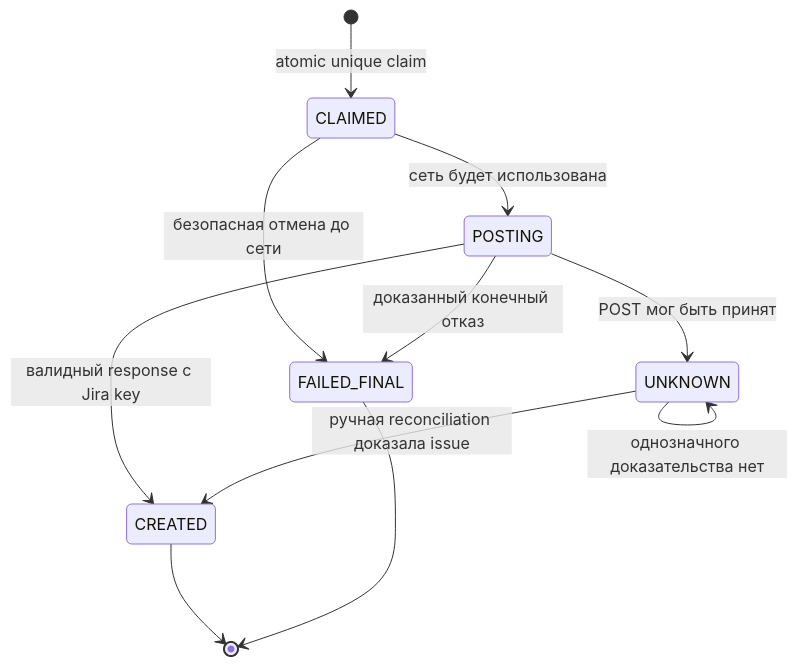
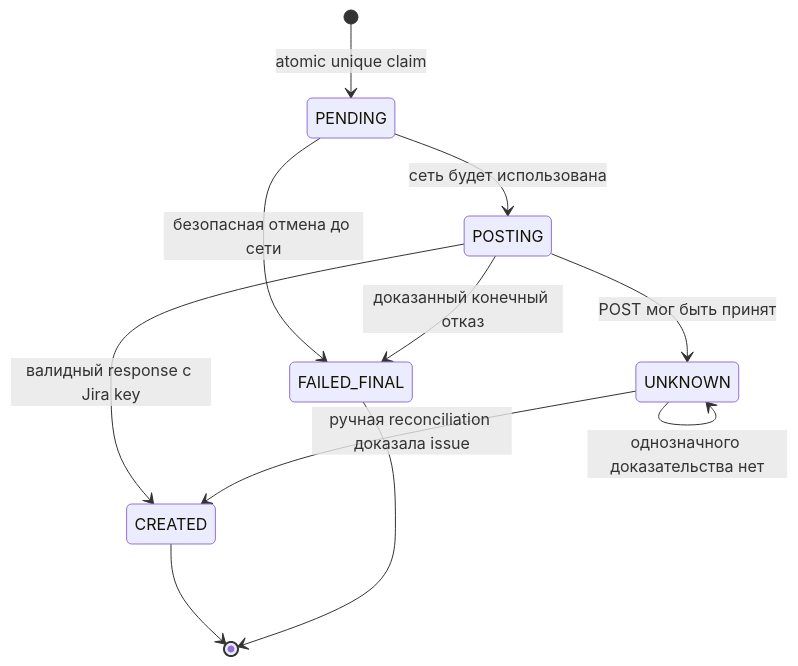
Before and after one commit to AI-Agents-account/idea-to-jira: the tenth of 12 diagrams in ARCHITECTURE.md, drawn with Mermaid. The commit also changed other lines of this file and 25 other files, not shown here.

Commit message:
feat: add persistence schema and migrations

````diff
--- a/ARCHITECTURE.md
+++ b/ARCHITECTURE.md
@@ -403,13 +400,13 @@
 ```mermaid
 stateDiagram-v2
-    [*] --> CLAIMED: atomic unique claim
-    CLAIMED --> POSTING: сеть будет использована
-    CLAIMED --> FAILED_FINAL: безопасная отмена до сети
+    [*] --> PENDING: atomic unique claim
+    PENDING --> POSTING: сеть будет использована
+    PENDING --> FAILED_FINAL: безопасная отмена до сети
     POSTING --> CREATED: валидный response с Jira key
     POSTING --> FAILED_FINAL: доказанный конечный отказ
     POSTING --> UNKNOWN: POST мог быть принят
     UNKNOWN --> CREATED: ручная reconciliation доказала issue
     UNKNOWN --> UNKNOWN: однозначного доказательства нет
     CREATED --> [*]
     FAILED_FINAL --> [*]
 ```
````
